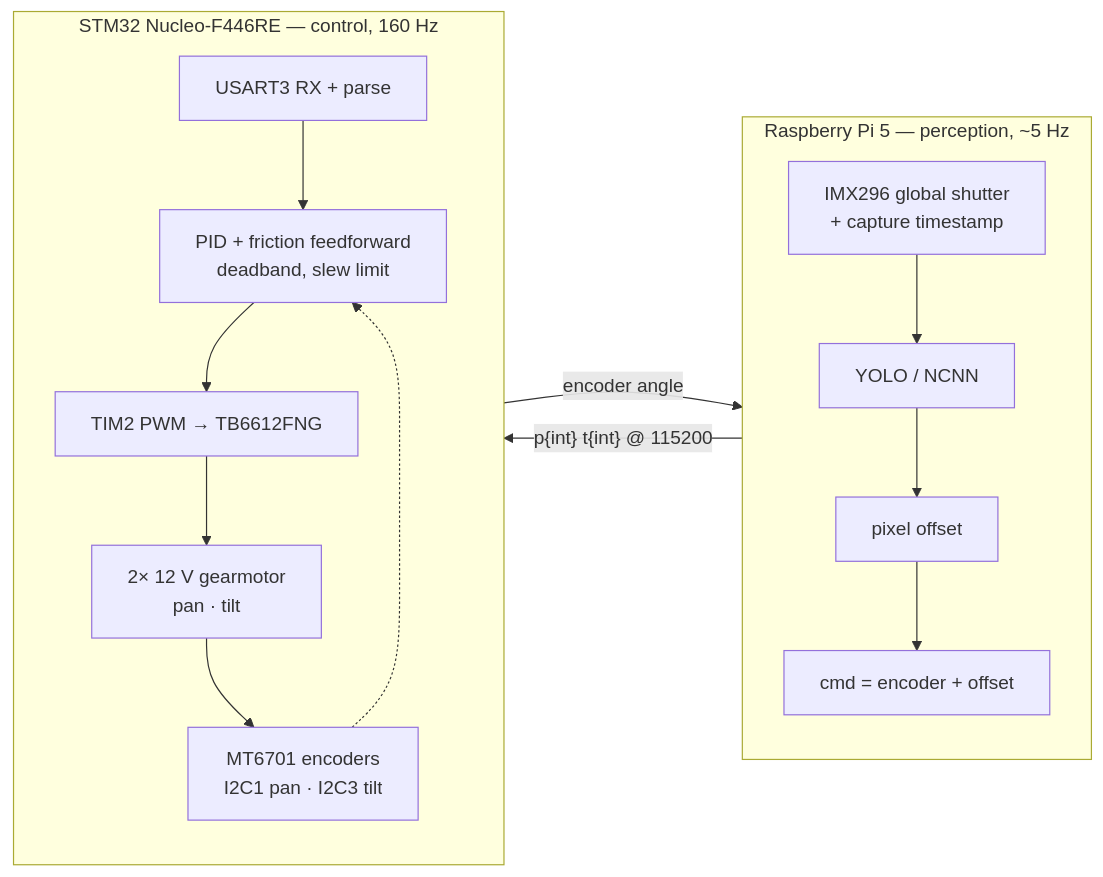
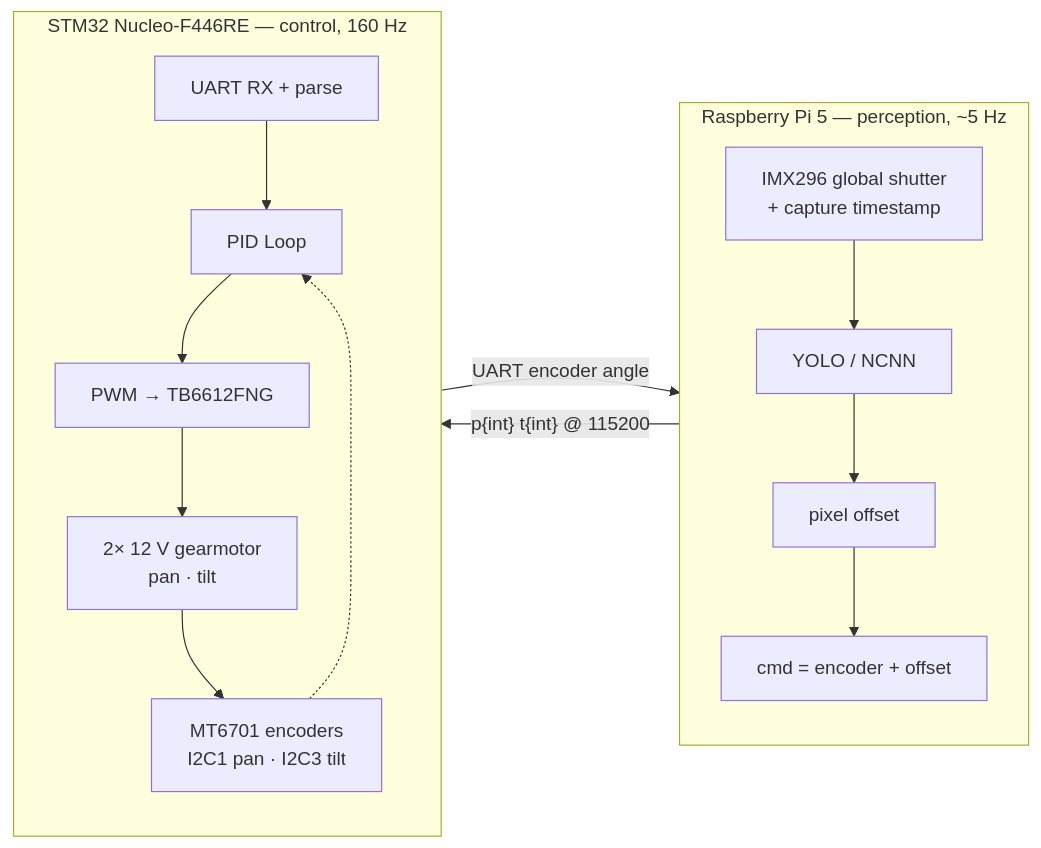
One commit to sam-lindwall/turret-v2 changed the diagram in README.md. Above: the diagram before and after it, drawn with Mermaid.

Commit message:
Update README for UART and PID Loop descriptions

````diff
--- a/README.md
+++ b/README.md
@@ -18,24 +18,24 @@
 ```mermaid
 flowchart LR
     subgraph PI["Raspberry Pi 5 — perception, ~5 Hz"]
         direction TB
         CAM["IMX296 global shutter<br/>+ capture timestamp"]
         YOLO["YOLO / NCNN"]
         OFF["pixel offset"]
         CMD["cmd = encoder + offset"]
         CAM --> YOLO --> OFF --> CMD
     end
     subgraph STM["STM32 Nucleo-F446RE — control, 160 Hz"]
         direction TB
-        RX["USART3 RX + parse"]
-        LOOP["PID + friction feedforward<br/>deadband, slew limit"]
-        PWM["TIM2 PWM → TB6612FNG"]
+        RX["UART RX + parse"]
+        LOOP["PID Loop"]
+        PWM["PWM → TB6612FNG"]
         MOT["2× 12 V gearmotor<br/>pan · tilt"]
         ENC["MT6701 encoders<br/>I2C1 pan · I2C3 tilt"]
         RX --> LOOP --> PWM --> MOT --> ENC
         ENC -.-> LOOP
     end
     PI ~~~ STM
     CMD -- "p{int} t{int} @ 115200" --> RX
-    ENC -- "encoder angle" --> CMD
+    ENC -- "UART encoder angle" --> CMD
 ```
````
